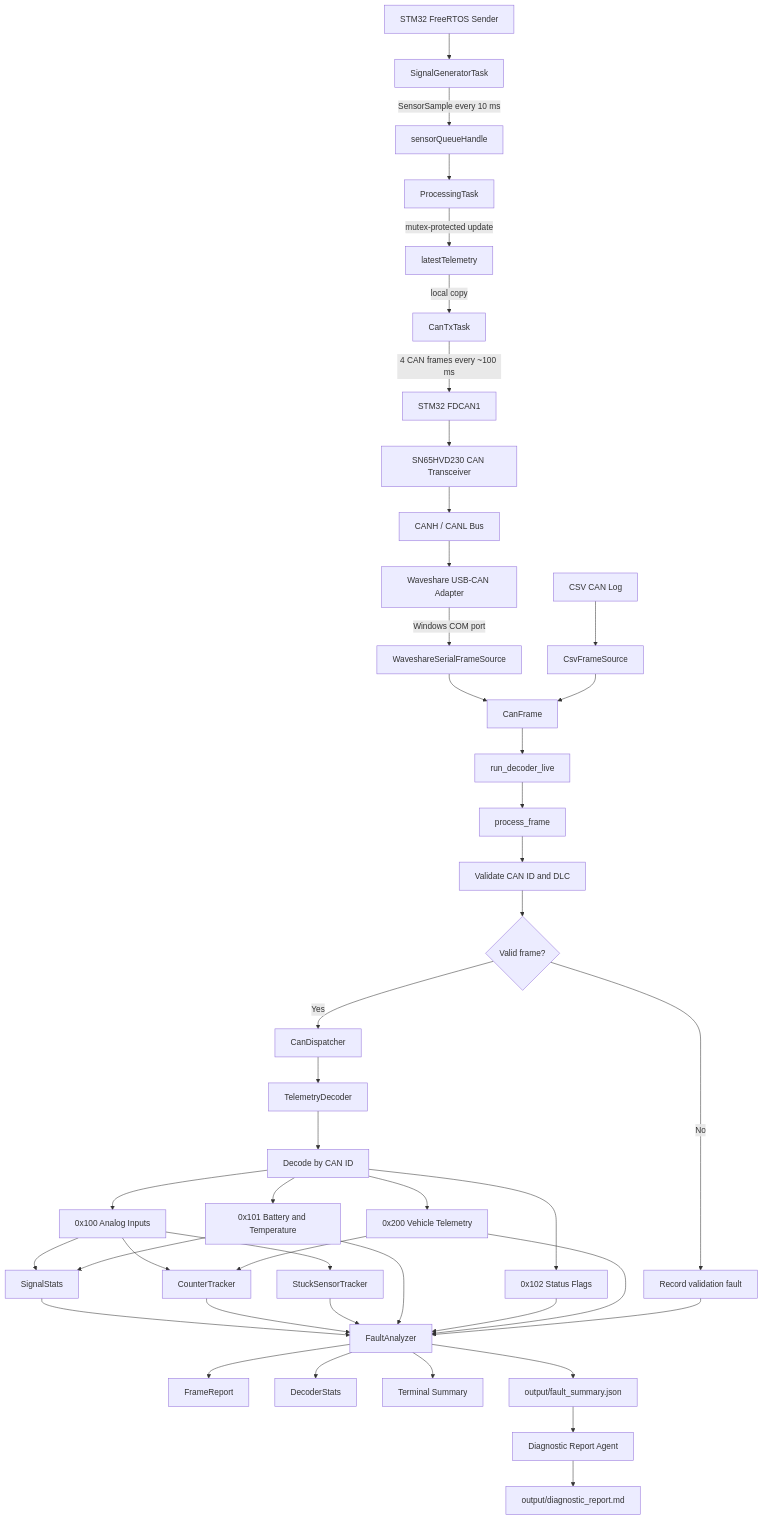
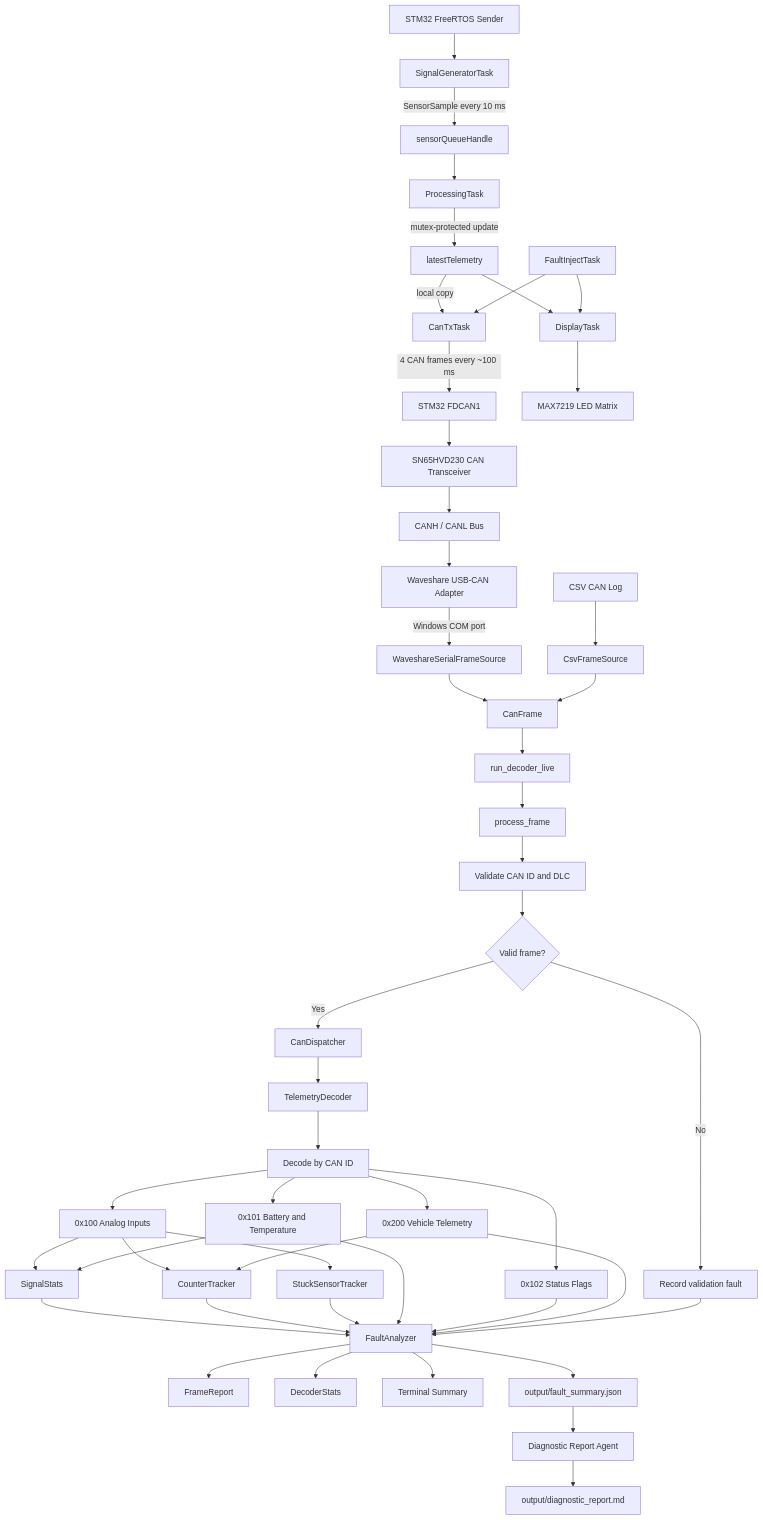
Before and after one commit to Jnwaneli/cpp-can-telemetry-decoder: the diagram in README.md, drawn with Mermaid. The commit also changed other lines of this file, not shown here.

Commit message:
Polish README after LED fault demo integration

````diff
--- a/README.md
+++ b/README.md
@@ -179,55 +183,60 @@
 ```mermaid
 flowchart TD
     A[STM32 FreeRTOS Sender] --> B[SignalGeneratorTask]
     B -->|SensorSample every 10 ms| C[sensorQueueHandle]
     C --> D[ProcessingTask]
     D -->|mutex-protected update| E[latestTelemetry]
     E -->|local copy| F[CanTxTask]
     F -->|4 CAN frames every ~100 ms| G[STM32 FDCAN1]
     G --> H[SN65HVD230 CAN Transceiver]
     H --> I[CANH / CANL Bus]
     I --> J[Waveshare USB-CAN Adapter]
     J -->|Windows COM port| K[WaveshareSerialFrameSource]
 
     L[CSV CAN Log] --> M[CsvFrameSource]
 
     K --> N[CanFrame]
     M --> N
 
     N --> O[run_decoder_live]
     O --> P[process_frame]
     P --> Q[Validate CAN ID and DLC]
     Q --> R{Valid frame?}
 
     R -->|No| S[Record validation fault]
     R -->|Yes| T[CanDispatcher]
 
     T --> U[TelemetryDecoder]
     U --> V[Decode by CAN ID]
 
     V --> V100[0x100 Analog Inputs]
     V --> V101[0x101 Battery and Temperature]
     V --> V102[0x102 Status Flags]
     V --> V200[0x200 Vehicle Telemetry]
 
     V100 --> W[SignalStats]
     V101 --> W
     V100 --> X[CounterTracker]
     V200 --> X
     V100 --> Y[StuckSensorTracker]
 
     W --> Z[FaultAnalyzer]
     X --> Z
     Y --> Z
     V101 --> Z
     V102 --> Z
     V200 --> Z
     S --> Z
 
     Z --> AA[FrameReport]
     Z --> AB[DecoderStats]
     Z --> AC[Terminal Summary]
     Z --> AD[output/fault_summary.json]
     AD --> AE[Diagnostic Report Agent]
     AE --> AF[output/diagnostic_report.md]
+
+    E --> AG[DisplayTask]
+    AG --> AH[MAX7219 LED Matrix]
+    AI[FaultInjectTask] --> AG
+    AI --> F
 ```
````
